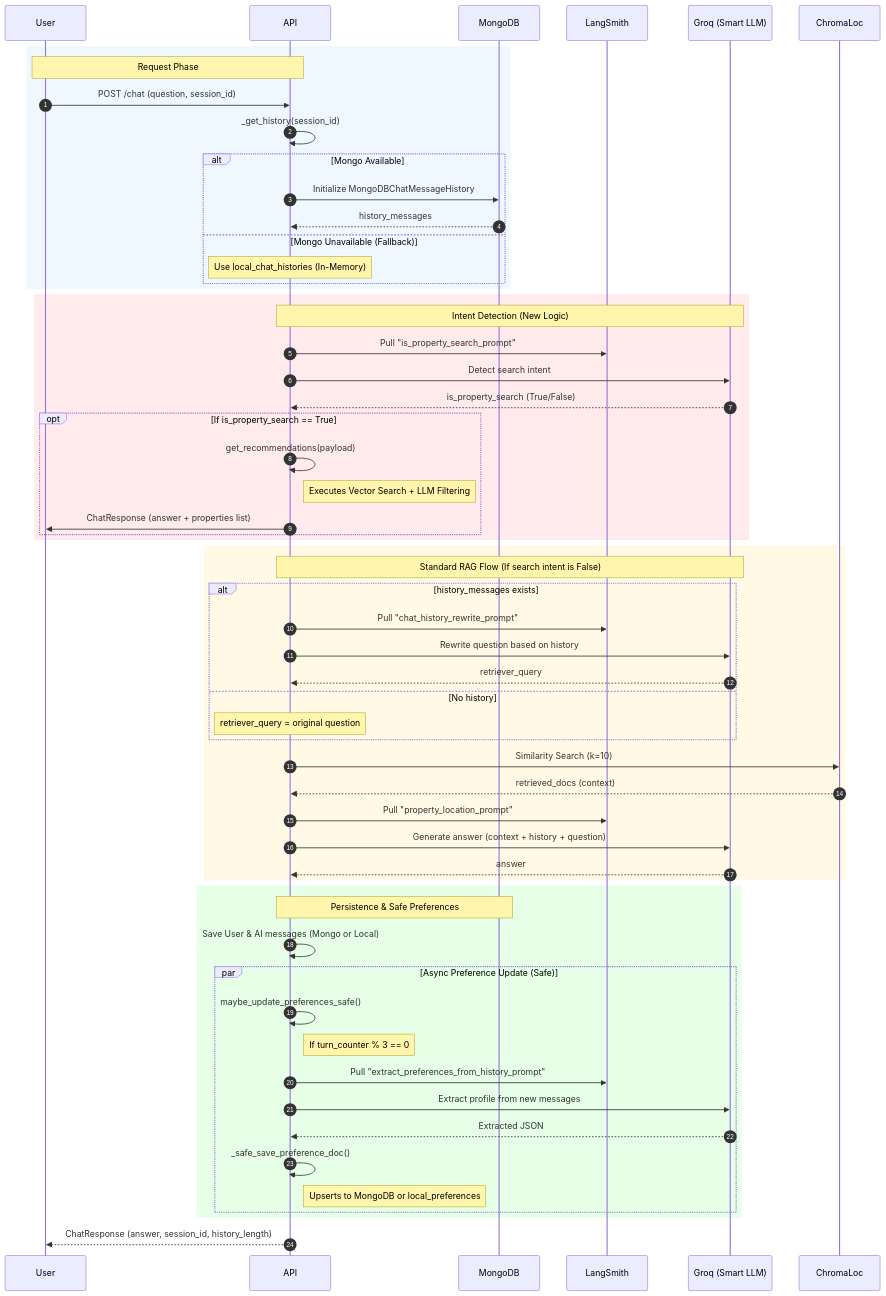
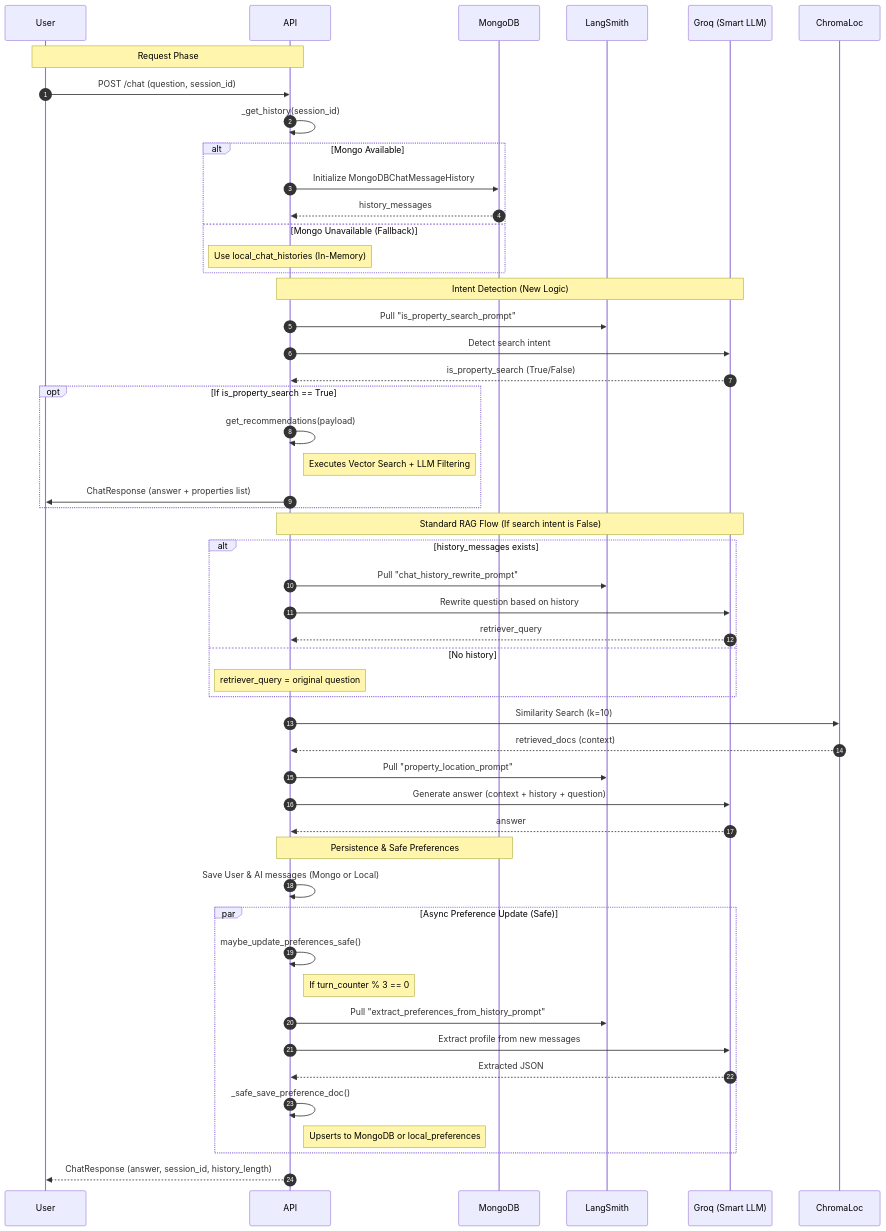
The third of 5 diagrams in README.md (AhmedAyman4/nawy), drawn with Mermaid before and after one commit. The commit also changed other lines of this file, not shown here.

````diff
--- a/README.md
+++ b/README.md
@@ -209,71 +188,63 @@
 ```mermaid
 sequenceDiagram
     autonumber
     
     participant User
     participant API
     participant MongoDB
     participant LangSmith
     participant Groq as Groq (Smart LLM)
     participant ChromaLoc
 
-    rect rgb(240, 248, 255)
     Note over User, API: Request Phase
     User->>API: POST /chat (question, session_id)
     API->>API: _get_history(session_id)
     alt Mongo Available
         API->>MongoDB: Initialize MongoDBChatMessageHistory
         MongoDB-->>API: history_messages
     else Mongo Unavailable (Fallback)
         Note over API: Use local_chat_histories (In-Memory)
     end
-    end
 
-    rect rgb(255, 235, 235)
     Note over API, Groq: Intent Detection (New Logic)
     API->>LangSmith: Pull "is_property_search_prompt"
     API->>Groq: Detect search intent
     Groq-->>API: is_property_search (True/False)
     
     opt If is_property_search == True
         API->>API: get_recommendations(payload)
         Note right of API: Executes Vector Search + LLM Filtering
         API->>User: ChatResponse (answer + properties list)
     end
-    end
 
-    rect rgb(255, 249, 230)
     Note over API, Groq: Standard RAG Flow (If search intent is False)
     alt history_messages exists
         API->>LangSmith: Pull "chat_history_rewrite_prompt"
         API->>Groq: Rewrite question based on history
         Groq-->>API: retriever_query
     else No history
         Note over API: retriever_query = original question
     end
 
     API->>ChromaLoc: Similarity Search (k=10)
     ChromaLoc-->>API: retrieved_docs (context)
     
     API->>LangSmith: Pull "property_location_prompt"
     API->>Groq: Generate answer (context + history + question)
     Groq-->>API: answer
-    end
 
-    rect rgb(230, 255, 230)
     Note over API, MongoDB: Persistence & Safe Preferences
     API->>API: Save User & AI messages (Mongo or Local)
     
     par Async Preference Update (Safe)
         API->>API: maybe_update_preferences_safe()
         Note right of API: If turn_counter % 3 == 0
         API->>LangSmith: Pull "extract_preferences_from_history_prompt"
         API->>Groq: Extract profile from new messages
         Groq-->>API: Extracted JSON
         API->>API: _safe_save_preference_doc()
         Note right of API: Upserts to MongoDB or local_preferences
     end
-    end
 
     API-->>User: ChatResponse (answer, session_id, history_length)
 ```
````
